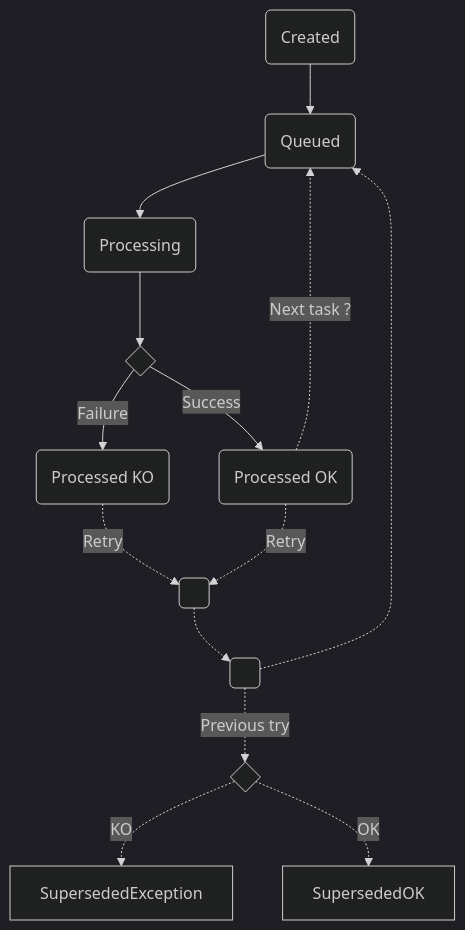
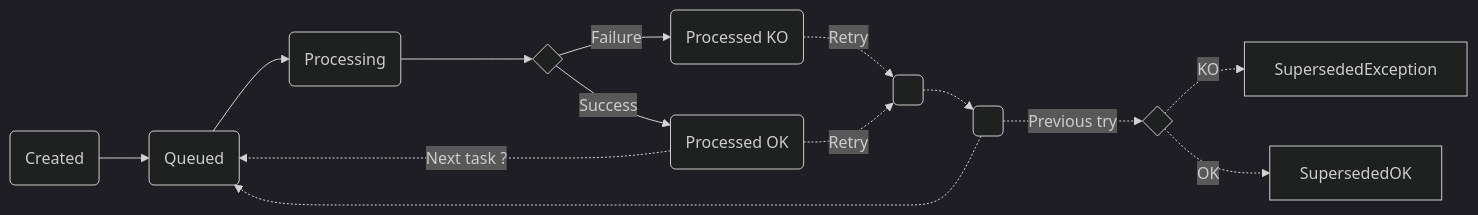
Before and after one commit to Uxopian/uxodocs: the first of 2 diagrams in docs/fast2/getting-started/overall-concepts.md, drawn with Mermaid (dark theme). The commit also changed other lines of this file and 1 other file, not shown here.

````diff
--- a/docs/fast2/getting-started/overall-concepts.md
+++ b/docs/fast2/getting-started/overall-concepts.md
@@ -233,16 +209,16 @@
 ```mermaid
-graph TD
+graph LR
     A(Created) --> B(Queued);
     B --> C(Processing);
     C --> D{ };
     D -->|Success| F(Processed OK);
     D -->|Failure| E(Processed KO);
     F -. Next task ? .-> B;
     E -.->|Retry| H( );
     F -.->|Retry| H;
     H -.-> I( );
     I -.->|Previous try| J{ };
     I -.-> B;
     J -.->|KO| L[SupersededException];
     J -.->|OK| K[SupersededOK];
 ```
````
